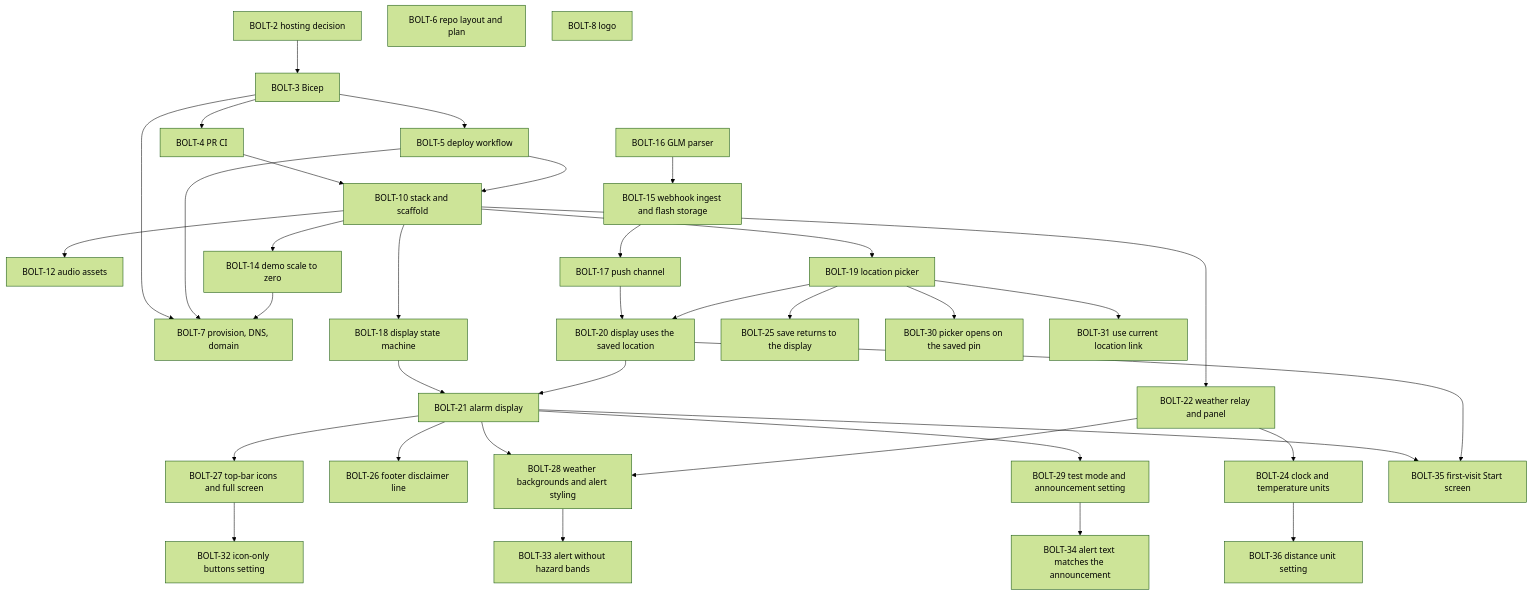
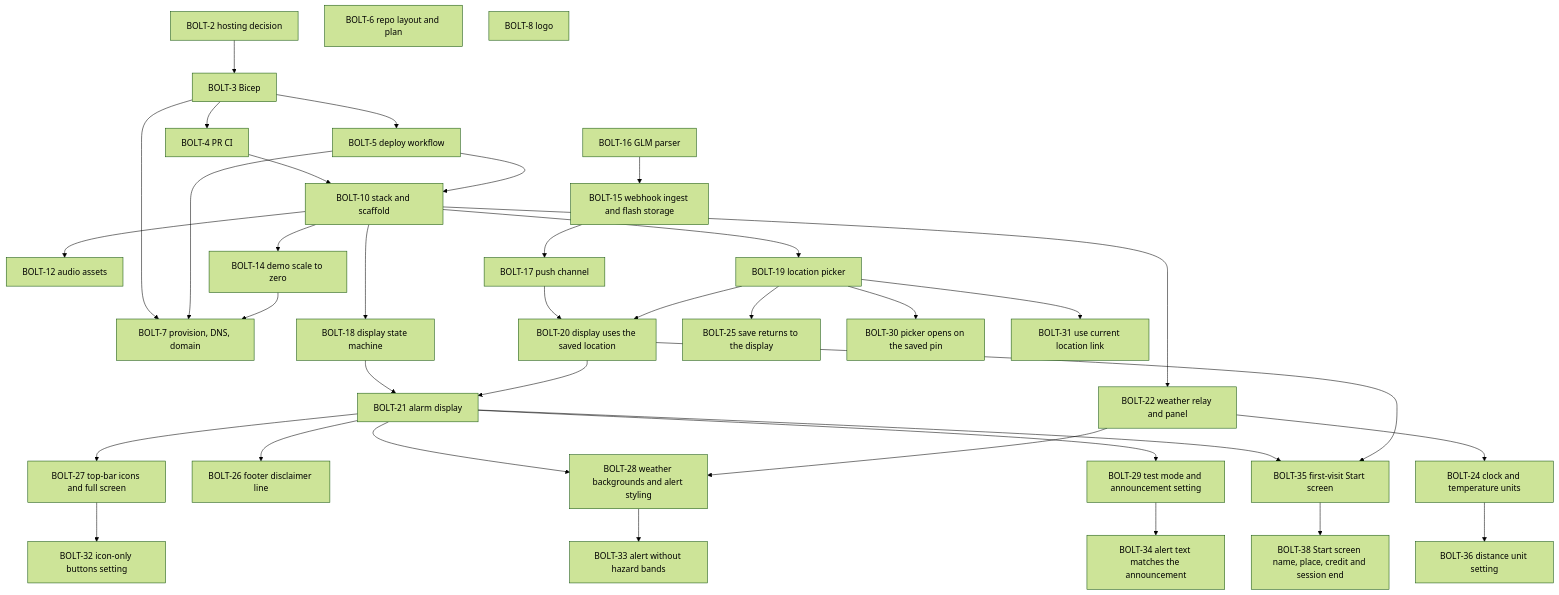
The diagram in docs/plan.md (henrique-meyer/boltclock), drawn with Mermaid (forest theme) before and after one commit. The commit also changed other lines of this file and 13 other files, not shown here.

First line of the commit message:
BOLT-38 Start screen: name, place, credit and the session-ended message

````diff
--- a/docs/plan.md
+++ b/docs/plan.md
@@ -15,68 +15,70 @@
 ```mermaid
 flowchart TD
   s2[BOLT-2 hosting decision]
   s3[BOLT-3 Bicep]
   s4[BOLT-4 PR CI]
   s5[BOLT-5 deploy workflow]
   s6[BOLT-6 repo layout and plan]
   s7[BOLT-7 provision, DNS, domain]
   s8[BOLT-8 logo]
   s10[BOLT-10 stack and scaffold]
   s12[BOLT-12 audio assets]
   s14[BOLT-14 demo scale to zero]
   s15[BOLT-15 webhook ingest and flash storage]
   s16[BOLT-16 GLM parser]
   s17[BOLT-17 push channel]
   s18[BOLT-18 display state machine]
   s19[BOLT-19 location picker]
   s20[BOLT-20 display uses the saved location]
   s21[BOLT-21 alarm display]
   s22[BOLT-22 weather relay and panel]
   s24[BOLT-24 clock and temperature units]
   s25[BOLT-25 save returns to the display]
   s26[BOLT-26 footer disclaimer line]
   s27[BOLT-27 top-bar icons and full screen]
   s28[BOLT-28 weather backgrounds and alert styling]
   s30[BOLT-30 picker opens on the saved pin]
   s29[BOLT-29 test mode and announcement setting]
   s32[BOLT-32 icon-only buttons setting]
   s31[BOLT-31 use current location link]
   s33[BOLT-33 alert without hazard bands]
   s34[BOLT-34 alert text matches the announcement]
   s35[BOLT-35 first-visit Start screen]
   s36[BOLT-36 distance unit setting]
+  s38[BOLT-38 Start screen name, place, credit and session end]
   s2 --> s3
   s4 --> s10
   s5 --> s10
   s3 --> s4
   s3 --> s5
   s3 --> s7
   s5 --> s7
   s10 --> s12
   s10 --> s14
   s14 --> s7
   s16 --> s15
   s15 --> s17
   s10 --> s18
   s10 --> s19
   s17 --> s20
   s19 --> s20
   s18 --> s21
   s20 --> s21
   s10 --> s22
   s22 --> s24
   s19 --> s25
   s21 --> s26
   s21 --> s27
   s21 --> s28
   s22 --> s28
   s19 --> s30
   s21 --> s29
   s27 --> s32
   s19 --> s31
   s28 --> s33
   s29 --> s34
   s21 --> s35
   s20 --> s35
   s24 --> s36
+  s35 --> s38
 ```
````
